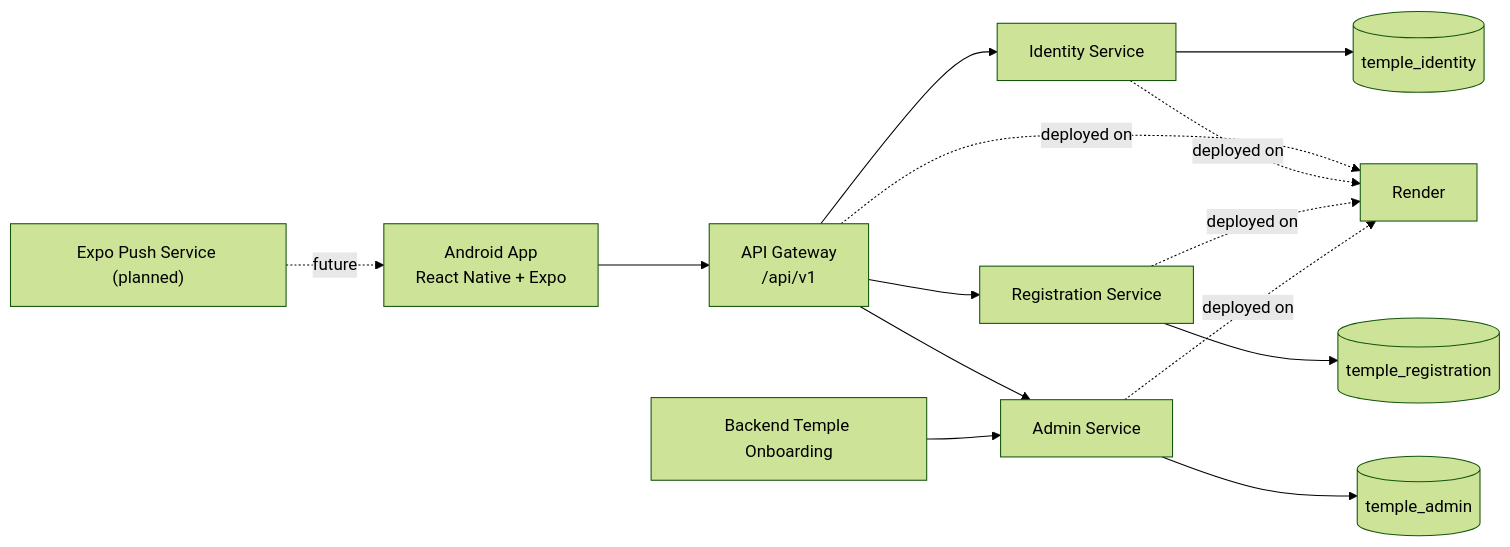
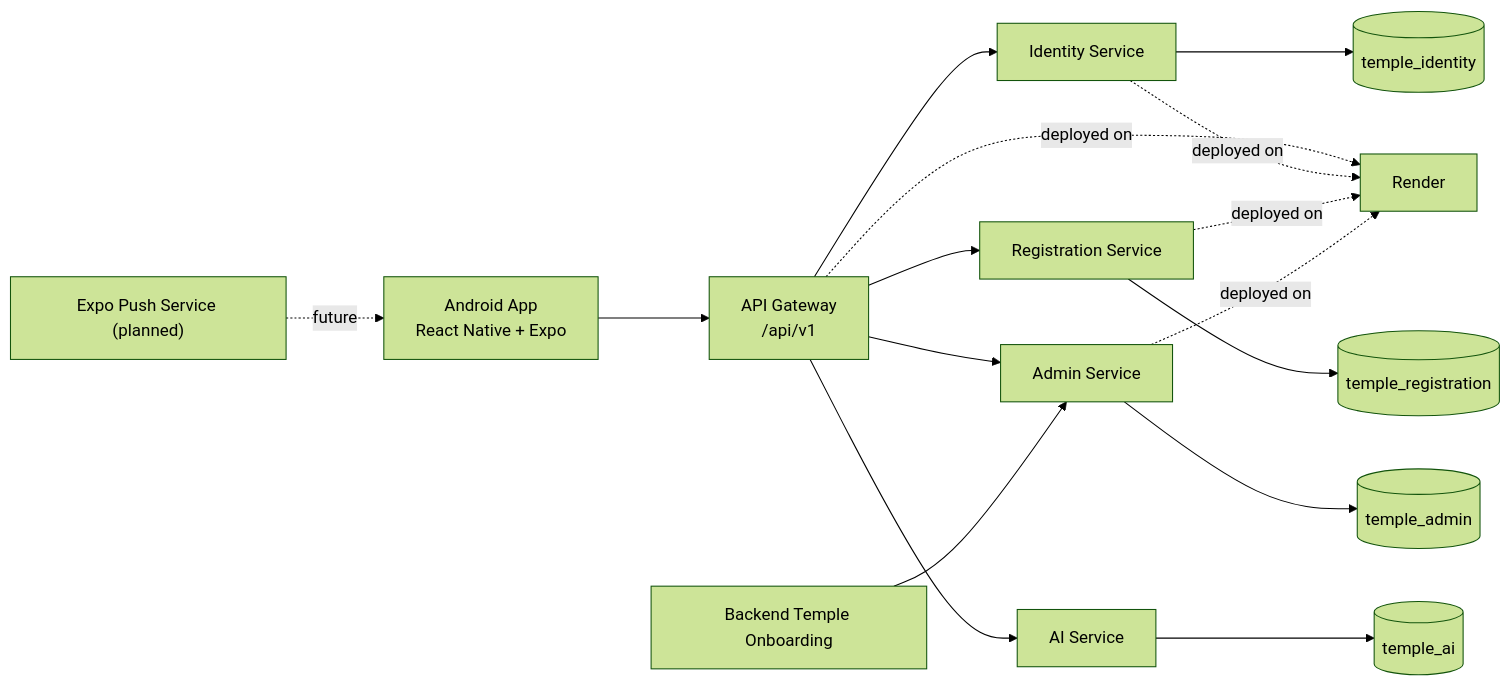
The first of 5 diagrams in docs/temple-app-phase1-fresh-architecture.md (apoorv2009/temple-infra), drawn with Mermaid (forest theme) before and after one commit. The commit also changed other lines of this file and 1 other file, not shown here.

Commit message:
docs: track temple assistant foundation

````diff
--- a/docs/temple-app-phase1-fresh-architecture.md
+++ b/docs/temple-app-phase1-fresh-architecture.md
@@ -162,21 +184,23 @@
 ```mermaid
 flowchart LR
     FE["Android App
 React Native + Expo"] --> GW["API Gateway
 /api/v1"]
 
     GW --> ID["Identity Service"]
     GW --> REG["Registration Service"]
     GW --> ADM["Admin Service"]
+    GW --> AI["AI Service"]
 
     ID --> IDDB[("temple_identity")]
     REG --> REGDB[("temple_registration")]
     ADM --> ADMDB[("temple_admin")]
+    AI --> AIDB[("temple_ai")]
 
     BACKOFFICE["Backend Temple Onboarding"] --> ADM
     PUSH["Expo Push Service (planned)"] -. future .-> FE
     GW -. deployed on .-> RENDER["Render"]
     ID -. deployed on .-> RENDER
     REG -. deployed on .-> RENDER
     ADM -. deployed on .-> RENDER
 ```
````
